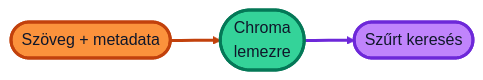
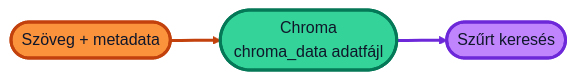
The diagram in vectordb/chroma/02-metaadat/README.md (cloudsteak/trn-gcp-ai-rag), drawn with Mermaid before and after one commit. The commit also changed 1 other file, not shown here.

Commit message:
Fix doc (#6)
* Update README.md to clarify memory usage and metadata handling in Chroma examples

* Update README.md to correct terminology from "lemezre" to "chroma_data adatfájl" for clarity in metadata handling

````diff
--- a/vectordb/chroma/02-metaadat/README.md
+++ b/vectordb/chroma/02-metaadat/README.md
@@ -6,17 +6,17 @@
 ```mermaid
 %%{init: {"theme": "base", "themeVariables": {"fontSize": "16px", "lineColor": "#334155"}, "flowchart": {"curve": "basis", "padding": 12}}}%%
 flowchart LR
-  A(["Szöveg + metadata"]) --> B(["Chroma<br/>lemezre"])
+  A(["Szöveg + metadata"]) --> B(["Chroma<br/>chroma_data adatfájl"])
   B --> C(["Szűrt keresés"])
 
   classDef in fill:#fb923c,stroke:#c2410c,stroke-width:3px,color:#0f172a
   classDef db fill:#34d399,stroke:#047857,stroke-width:3px,color:#0f172a
   classDef out fill:#c084fc,stroke:#6d28d9,stroke-width:3px,color:#0f172a
 
   class A in
   class B db
   class C out
 
   linkStyle 0 stroke:#c2410c,stroke-width:3px
   linkStyle 1 stroke:#6d28d9,stroke-width:3px
 ```
````
